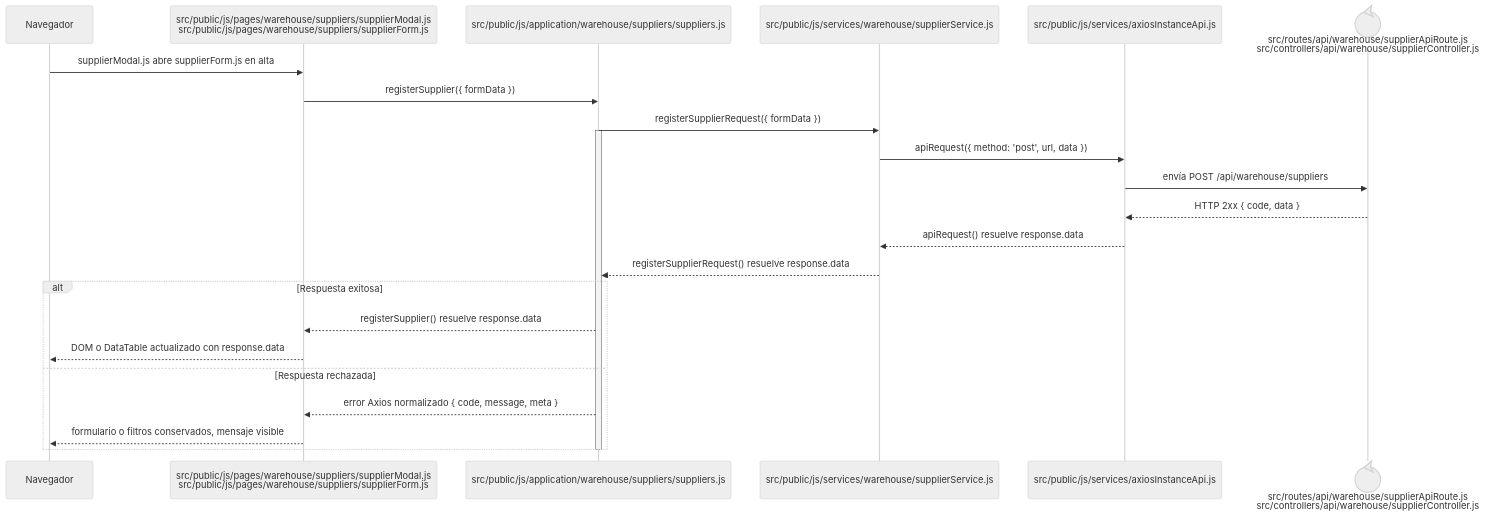
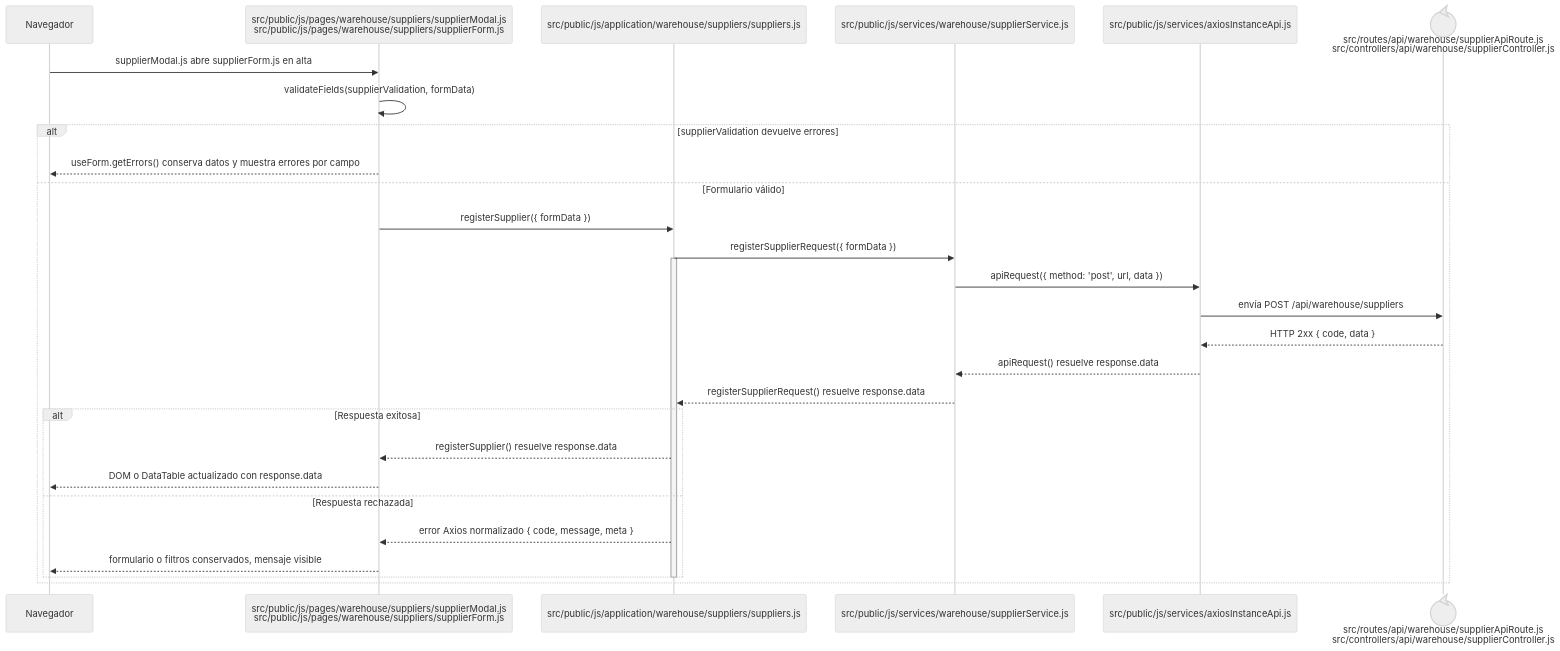
Before and after one commit to gpgsistemas01/nexus: the diagram in docs/architecture/frontend-code-sequences/catalogs/cu-cat-02.md, drawn with Mermaid (neutral theme). The commit also changed 102 other files, not shown here.

````diff
--- a/docs/architecture/frontend-code-sequences/catalogs/cu-cat-02.md
+++ b/docs/architecture/frontend-code-sequences/catalogs/cu-cat-02.md
@@ -6,27 +6,32 @@
 ```mermaid
 sequenceDiagram
     participant Browser as Navegador
     participant View as src/public/js/pages/warehouse/suppliers/supplierModal.js<br/>src/public/js/pages/warehouse/suppliers/supplierForm.js
     participant Application as src/public/js/application/warehouse/suppliers/suppliers.js
     participant Request as src/public/js/services/warehouse/supplierService.js
     participant HTTP as src/public/js/services/axiosInstanceApi.js
     participant Transport@{ "type": "control" } as src/routes/api/warehouse/supplierApiRoute.js<br/>src/controllers/api/warehouse/supplierController.js
 
     Browser->>View: supplierModal.js abre supplierForm.js en alta
-    View->>Application: registerSupplier({ formData })
-    Application->>Request: registerSupplierRequest({ formData })
-    activate Application
-    Request->>HTTP: apiRequest({ method: 'post', url, data })
-    HTTP->>Transport: envía POST /api/warehouse/suppliers
-    Transport-->>HTTP: HTTP 2xx { code, data }
-    HTTP-->>Request: apiRequest() resuelve response.data
-    Request-->>Application: registerSupplierRequest() resuelve response.data
-    alt Respuesta exitosa
-        Application-->>View: registerSupplier() resuelve response.data
-        View-->>Browser: DOM o DataTable actualizado con response.data
-    else Respuesta rechazada
-        Application-->>View: error Axios normalizado { code, message, meta }
-        View-->>Browser: formulario o filtros conservados, mensaje visible
+    View->>View: validateFields(supplierValidation, formData)
+    alt supplierValidation devuelve errores
+        View-->>Browser: useForm.getErrors() conserva datos y muestra errores por campo
+    else Formulario válido
+        View->>Application: registerSupplier({ formData })
+        Application->>Request: registerSupplierRequest({ formData })
+        activate Application
+        Request->>HTTP: apiRequest({ method: 'post', url, data })
+        HTTP->>Transport: envía POST /api/warehouse/suppliers
+        Transport-->>HTTP: HTTP 2xx { code, data }
+        HTTP-->>Request: apiRequest() resuelve response.data
+        Request-->>Application: registerSupplierRequest() resuelve response.data
+        alt Respuesta exitosa
+            Application-->>View: registerSupplier() resuelve response.data
+            View-->>Browser: DOM o DataTable actualizado con response.data
+        else Respuesta rechazada
+            Application-->>View: error Axios normalizado { code, message, meta }
+            View-->>Browser: formulario o filtros conservados, mensaje visible
+        end
+        deactivate Application
     end
-    deactivate Application
 ```
````
